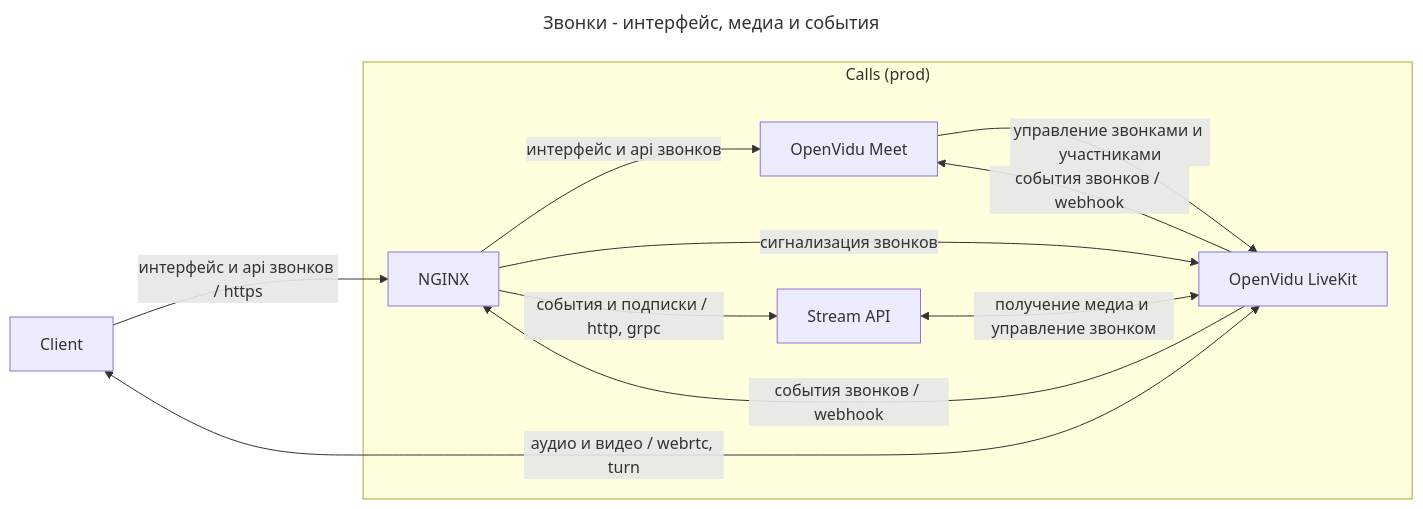
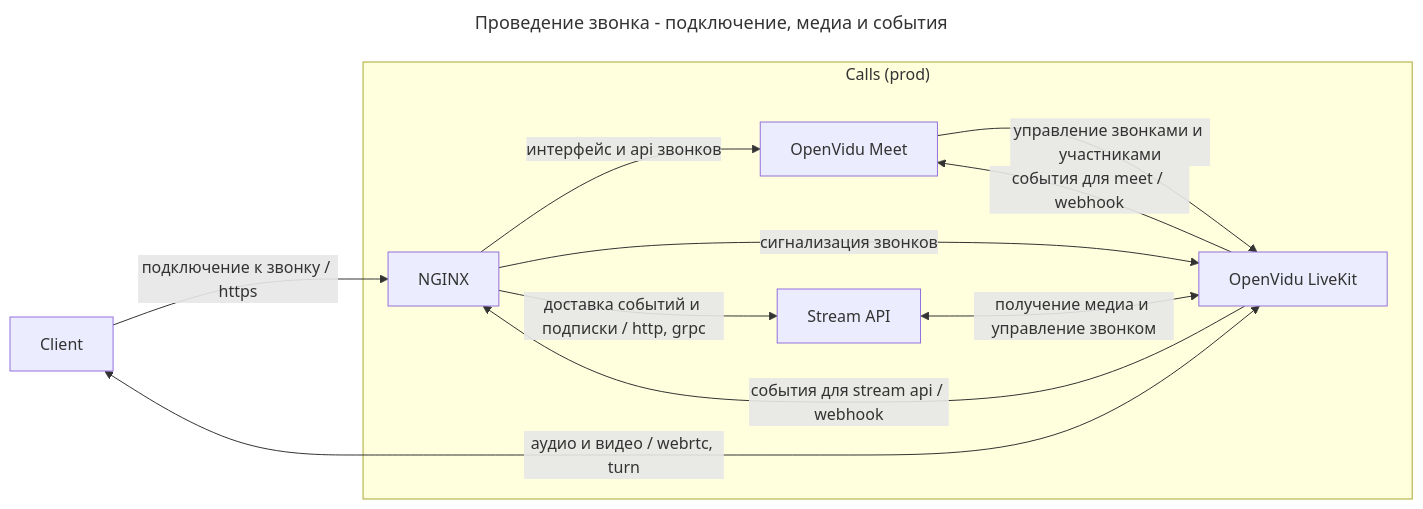
The first of 3 diagrams in README.md (dwspurpleteam/deployer), drawn with Mermaid before and after one commit. The commit also changed other lines of this file, not shown here.

Commit message:
Describe architecture by functionality

````diff
--- a/README.md
+++ b/README.md
@@ -12,18 +12,18 @@
 ```mermaid
 ---
-title: Звонки - интерфейс, медиа и события
+title: Проведение звонка - подключение, медиа и события
 ---
 flowchart LR
-  browser[Client] -->|интерфейс и api звонков / https| proxy
+  browser[Client] -->|подключение к звонку / https| proxy
   browser <-->|аудио и видео / webrtc, turn| openvidu
 
   subgraph calls_prod["Calls (prod)"]
     proxy[NGINX] -->|интерфейс и api звонков| meet[OpenVidu Meet]
     proxy -->|сигнализация звонков| openvidu[OpenVidu LiveKit]
-    proxy -->|события и подписки / http, grpc| streamapi[Stream API]
+    proxy -->|доставка событий и подписки / http, grpc| streamapi[Stream API]
     meet -->|управление звонками и участниками| openvidu
-    openvidu -->|события звонков / webhook| meet
-    openvidu -->|события звонков / webhook| proxy
+    openvidu -->|события для meet / webhook| meet
+    openvidu -->|события для stream api / webhook| proxy
     streamapi <-->|получение медиа и управление звонком| openvidu
   end
 ```
````
